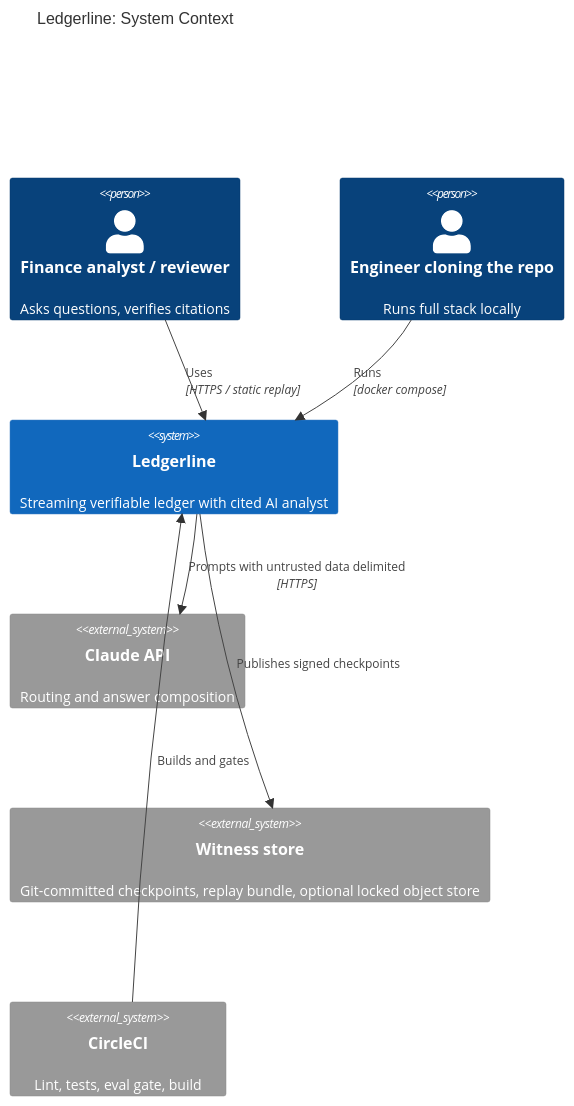
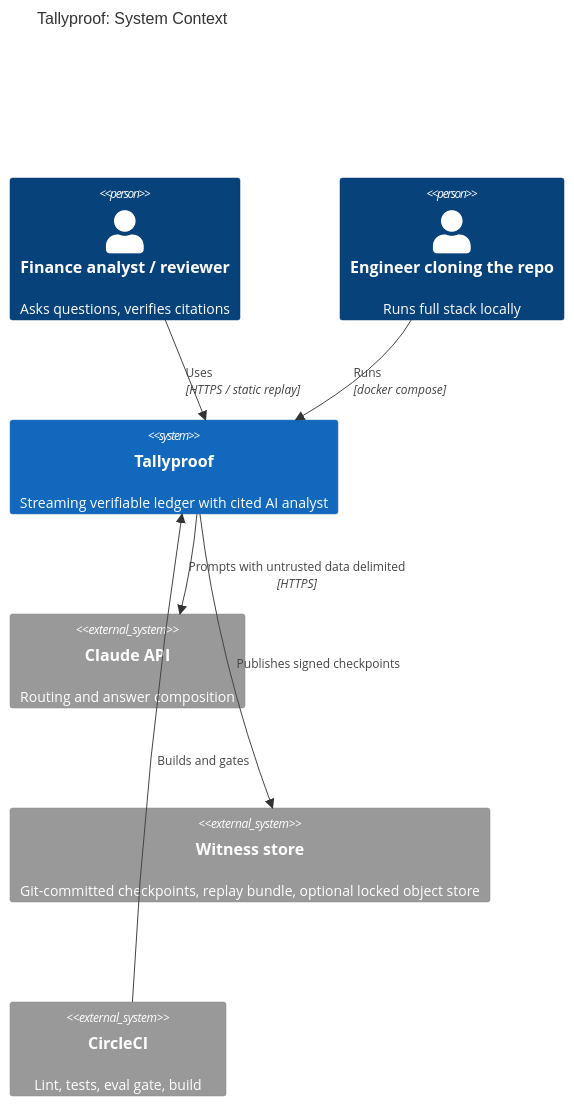
Before and after one commit to raunak-choudhary/tallyproof: the first of 3 diagrams in docs/07-architecture.md, drawn with Mermaid. The commit also changed other lines of this file and 8 other files, not shown here.

First line of the commit message:
refactor: rename project from Ledgerline to Tallyproof

````diff
--- a/docs/07-architecture.md
+++ b/docs/07-architecture.md
@@ -22,15 +22,15 @@
 ```mermaid
 C4Context
-title Ledgerline: System Context
+title Tallyproof: System Context
 Person(analyst, "Finance analyst / reviewer", "Asks questions, verifies citations")
 Person(dev, "Engineer cloning the repo", "Runs full stack locally")
-System(ll, "Ledgerline", "Streaming verifiable ledger with cited AI analyst")
+System(ll, "Tallyproof", "Streaming verifiable ledger with cited AI analyst")
 System_Ext(llm, "Claude API", "Routing and answer composition")
 System_Ext(witness, "Witness store", "Git-committed checkpoints, replay bundle, optional locked object store")
 System_Ext(ci, "CircleCI", "Lint, tests, eval gate, build")
 Rel(analyst, ll, "Uses", "HTTPS / static replay")
 Rel(dev, ll, "Runs", "docker compose")
 Rel(ll, llm, "Prompts with untrusted data delimited", "HTTPS")
 Rel(ll, witness, "Publishes signed checkpoints")
 Rel(ci, ll, "Builds and gates")
 ```
````
